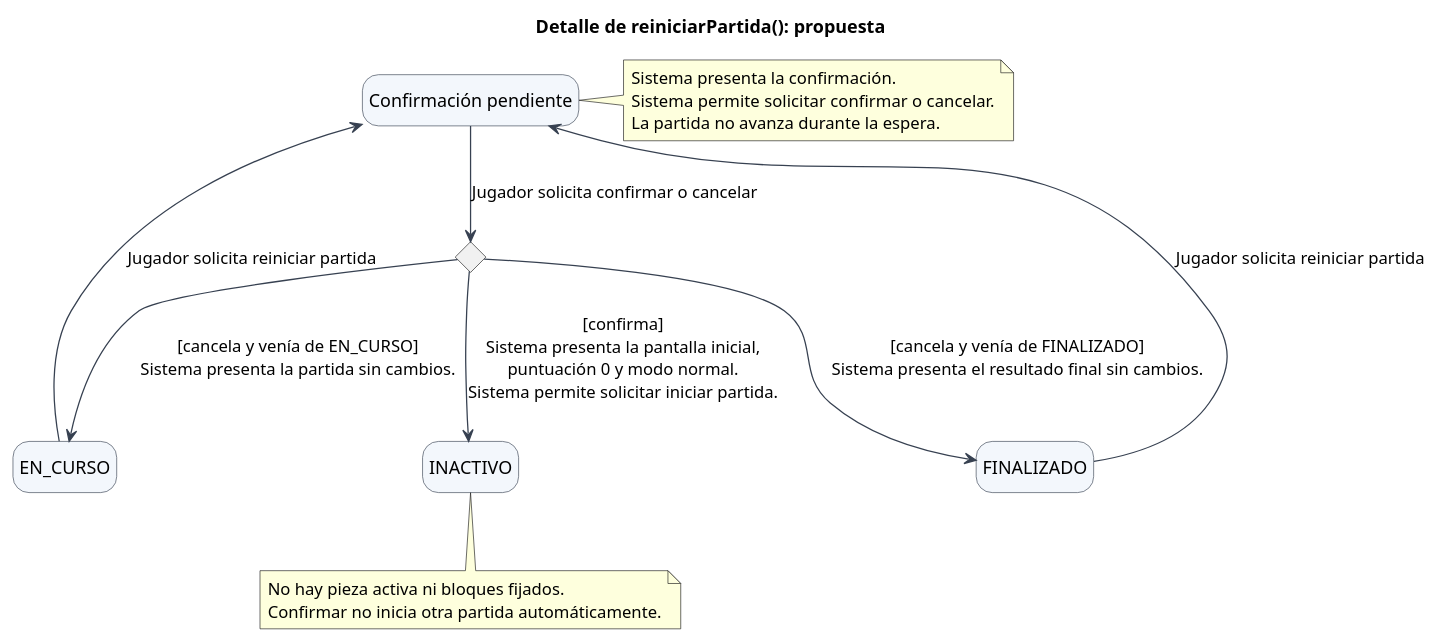
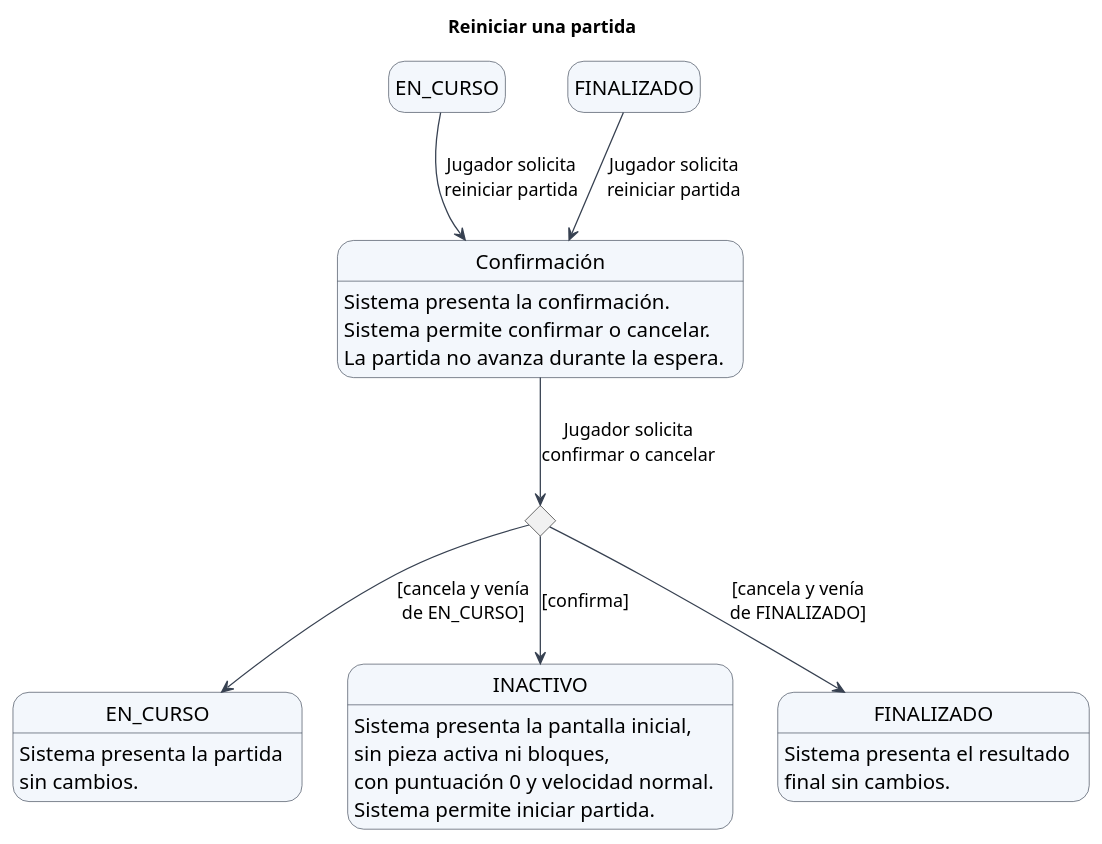
Before and after one commit to mmasias/26-27-idsw1: the diagram in entregas/gonzalezMarcos/modelosUML/reiniciarPartida.puml, drawn with PlantUML. The commit also changed 6 other files, not shown here.

Commit message:
refactor: mejorar navegacion y diagramas

```diff
--- a/entregas/gonzalezMarcos/modelosUML/reiniciarPartida.puml
+++ b/entregas/gonzalezMarcos/modelosUML/reiniciarPartida.puml
@@ -1,36 +1,42 @@
 @startuml
 skinparam backgroundColor white
 skinparam shadowing false
 skinparam defaultFontName SansSerif
+skinparam defaultFontSize 14
+skinparam stateFontSize 16
 skinparam ArrowColor #374151
 skinparam stateBackgroundColor #F3F7FC
 skinparam stateBorderColor #374151
 hide empty description
 
-title Detalle de reiniciarPartida(): propuesta
+title Reiniciar una partida
 
-state EN_CURSO
-state FINALIZADO
-state "Confirmación pendiente" as Confirmacion
+state "EN_CURSO" as EnCursoAntes
+state "FINALIZADO" as FinalizadoAntes
+state "Confirmación" as Confirmacion
 state Respuesta <<choice>>
-state INACTIVO
+state "EN_CURSO" as EnCursoDespues
+state "INACTIVO" as Inactivo
+state "FINALIZADO" as FinalizadoDespues
 
-EN_CURSO --> Confirmacion : Jugador solicita reiniciar partida
-FINALIZADO --> Confirmacion : Jugador solicita reiniciar partida
+EnCursoAntes --> Confirmacion : Jugador solicita\nreiniciar partida
+FinalizadoAntes --> Confirmacion : Jugador solicita\nreiniciar partida
 
-note right of Confirmacion
-  Sistema presenta la confirmación.
-  Sistema permite solicitar confirmar o cancelar.
-  La partida no avanza durante la espera.
-end note
+Confirmacion : Sistema presenta la confirmación.
+Confirmacion : Sistema permite confirmar o cancelar.
+Confirmacion : La partida no avanza durante la espera.
 
-Confirmacion --> Respuesta : Jugador solicita confirmar o cancelar
-Respuesta --> INACTIVO : [confirma]\nSistema presenta la pantalla inicial,\npuntuación 0 y modo normal.\nSistema permite solicitar iniciar partida.
-Respuesta --> EN_CURSO : [cancela y venía de EN_CURSO]\nSistema presenta la partida sin cambios.
-Respuesta --> FINALIZADO : [cancela y venía de FINALIZADO]\nSistema presenta el resultado final sin cambios.
+Confirmacion --> Respuesta : Jugador solicita\nconfirmar o cancelar
+Respuesta --> EnCursoDespues : [cancela y venía\nde EN_CURSO]
+Respuesta --> Inactivo : [confirma]
+Respuesta --> FinalizadoDespues : [cancela y venía\nde FINALIZADO]
 
-note bottom of INACTIVO
-  No hay pieza activa ni bloques fijados.
-  Confirmar no inicia otra partida automáticamente.
-end note
+EnCursoDespues : Sistema presenta la partida
+EnCursoDespues : sin cambios.
+Inactivo : Sistema presenta la pantalla inicial,
+Inactivo : sin pieza activa ni bloques,
+Inactivo : con puntuación 0 y velocidad normal.
+Inactivo : Sistema permite iniciar partida.
+FinalizadoDespues : Sistema presenta el resultado
+FinalizadoDespues : final sin cambios.
 @enduml
```
